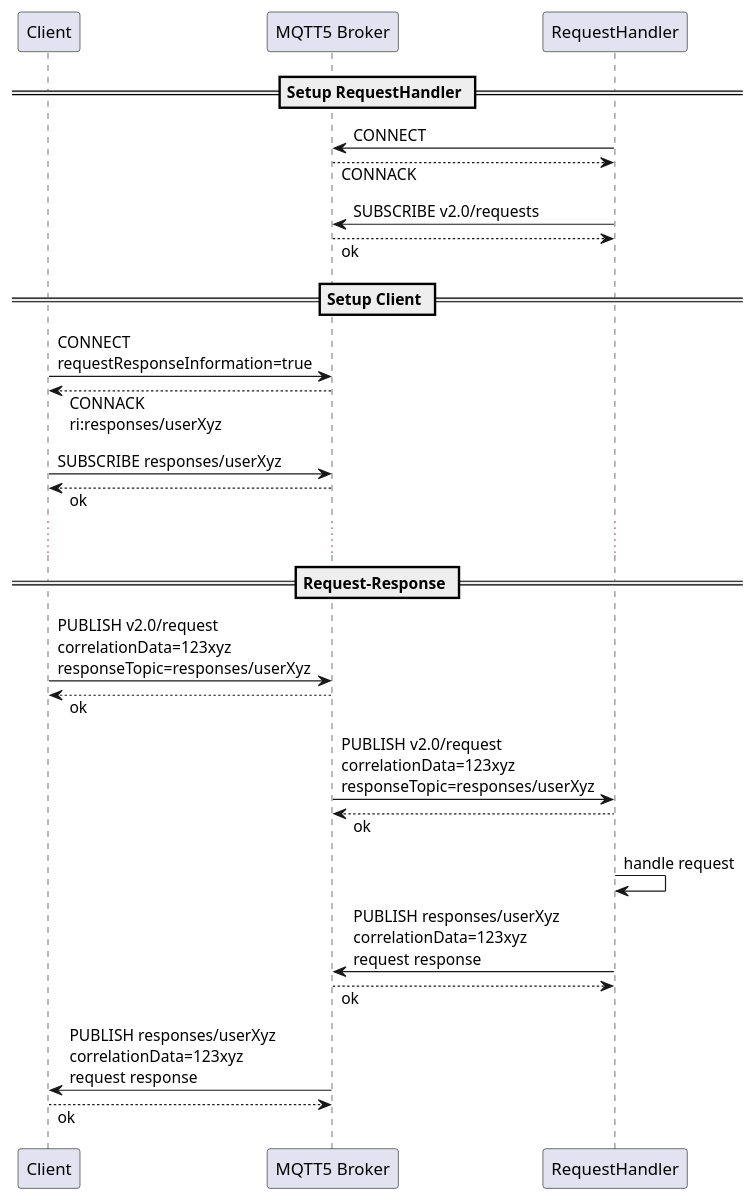
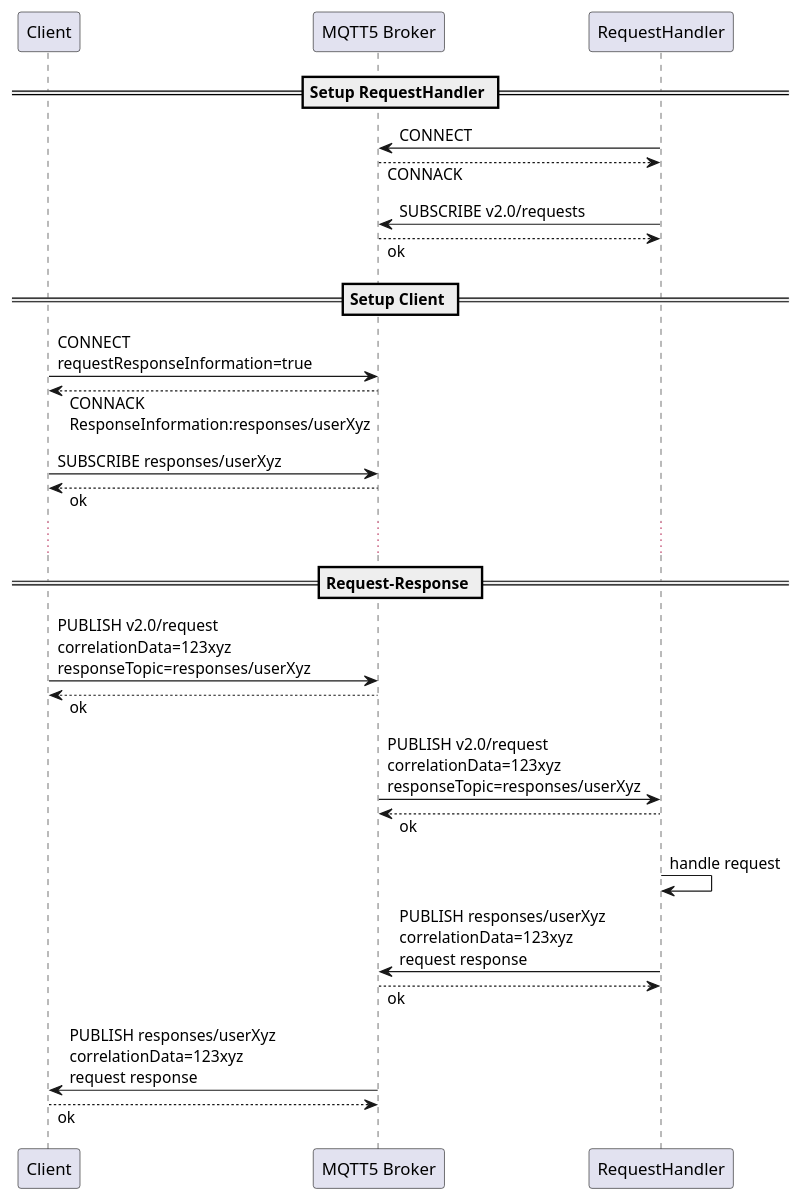
Before and after one commit to opengeospatial/sensorthings: the diagram in sections/clause_09b_bindings_mqtt.adoc, drawn with PlantUML. The commit also changed other lines of this file, not shown here.

Commit message:
Extended MQTT request/response section

```diff
--- a/sections/clause_09b_bindings_mqtt.adoc
+++ b/sections/clause_09b_bindings_mqtt.adoc
@@ -11,41 +13,41 @@
 [plantuml, title='MQTT 5 request-response pattern', reftext='{figure-caption} {counter:figure-num}']
 ....
 @startuml
   skinparam responseMessageBelowArrow true
   participant Client as client
   participant "MQTT5 Broker" as broker
   participant RequestHandler as rh
 
   == Setup RequestHandler ==
   rh -> broker: CONNECT
   rh <-- broker: CONNACK
 
   rh -> broker: SUBSCRIBE v2.0/requests
   rh <-- broker: ok
 
   == Setup Client ==
 
   client -> broker: CONNECT\nrequestResponseInformation=true
-  client <-- broker: CONNACK\nri:responses/userXyz
+  client <-- broker: CONNACK\nResponseInformation:responses/userXyz
 
   client -> broker: SUBSCRIBE responses/userXyz
   client <-- broker: ok
 
   ...
 
   == Request-Response ==
   client -> broker: PUBLISH v2.0/request\ncorrelationData=123xyz\nresponseTopic=responses/userXyz
   client <-- broker: ok
 
   broker -> rh: PUBLISH v2.0/request\ncorrelationData=123xyz\nresponseTopic=responses/userXyz
   broker <-- rh: ok
 
   rh -> rh: handle request
 
   rh -> broker: PUBLISH responses/userXyz\ncorrelationData=123xyz\nrequest response
   rh <-- broker: ok
 
   broker -> client: PUBLISH responses/userXyz\ncorrelationData=123xyz\nrequest response
   broker <-- client: ok
 @enduml
 ....
```
